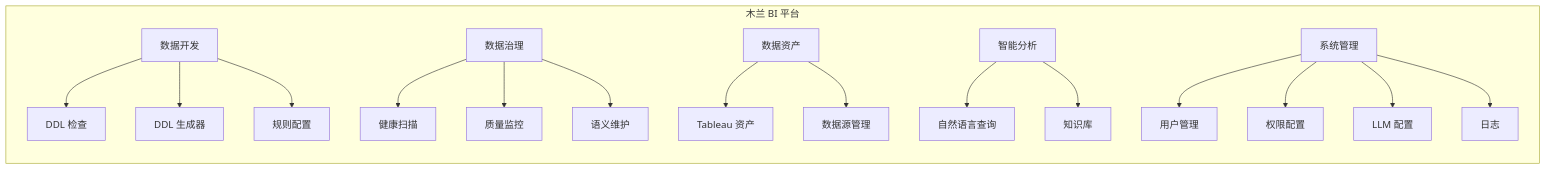
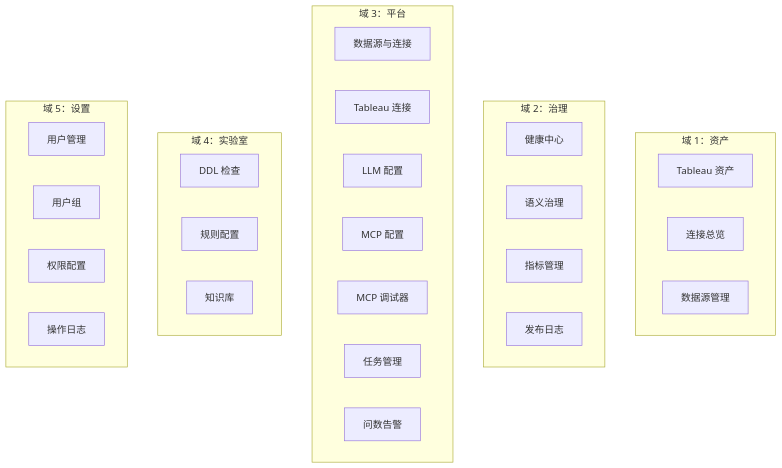
One commit to Forrest219/mulan-bi-platform changed the first of 3 diagrams in docs/specs/18-menu-restructure-spec.md. Above: the diagram before and after it, drawn with Mermaid. The commit also changed other lines of this file and 47 other files, not shown here.

````diff
--- a/docs/specs/18-menu-restructure-spec.md
+++ b/docs/specs/18-menu-restructure-spec.md
@@ -39,23 +48,38 @@
 ```mermaid
-graph LR
-    subgraph 木兰 BI 平台
-        A[数据开发] --> A1[DDL 检查]
-        A --> A2[DDL 生成器]
-        A --> A3[规则配置]
+graph TD
+    subgraph 资产域["域 1：资产"]
+        A1[Tableau 资产]
+        A2[连接总览]
+        A3[数据源管理]
+    end
 
-        B[数据治理] --> B1[健康扫描]
-        B --> B2[质量监控]
-        B --> B3[语义维护]
+    subgraph 治理域["域 2：治理"]
+        B1[健康中心]
+        B2[语义治理]
+        B3[指标管理]
+        B4[发布日志]
+    end
 
-        C[数据资产] --> C1[Tableau 资产]
-        C --> C2[数据源管理]
+    subgraph 平台域["域 3：平台"]
+        C0[数据源与连接]
+        C0b[Tableau 连接]
+        C1[LLM 配置]
+        C2[MCP 配置]
+        C3[MCP 调试器]
+        C4[任务管理]
+        C5[问数告警]
+    end
 
-        D[智能分析] --> D1[自然语言查询]
-        D --> D2[知识库]
+    subgraph 实验室域["域 4：实验室"]
+        D1[DDL 检查]
+        D2[规则配置]
+        D3[知识库]
+    end
 
-        E[系统管理] --> E1[用户管理]
-        E --> E2[权限配置]
-        E --> E3[LLM 配置]
-        E --> E4[日志]
+    subgraph 设置域["域 5：设置"]
+        E1[用户管理]
+        E2[用户组]
+        E3[权限配置]
+        E4[操作日志]
     end
 ```
````
